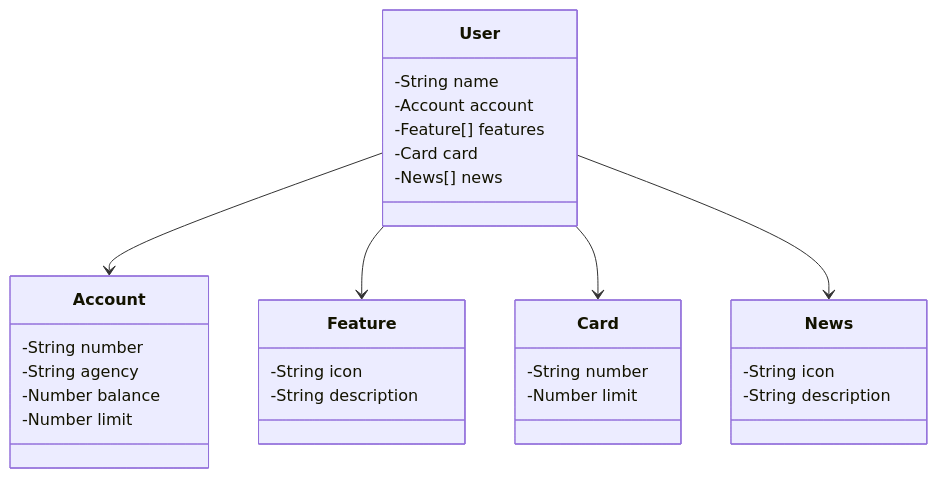
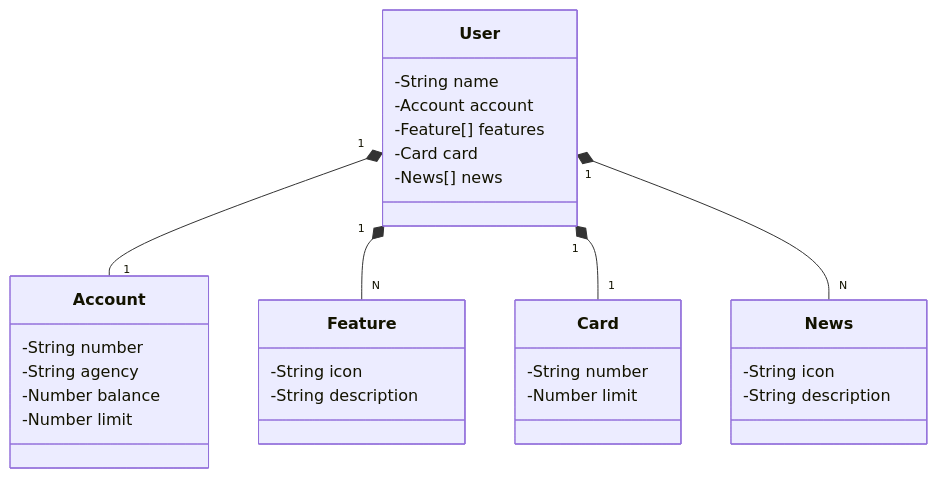
Before and after one commit to dxdns/santander-dev-week-2023: the diagram in README.md, drawn with Mermaid.

Commit message:
class diagram

````diff
--- a/README.md
+++ b/README.md
@@ -5,37 +5,37 @@
 ```mermaid
 classDiagram
     class User {
         -String name
         -Account account
         -Feature[] features
         -Card card
         -News[] news
     }
 
     class Account {
         -String number
         -String agency
         -Number balance
         -Number limit
     }
     
     class Feature {
         -String icon
         -String description
     }
 
     class Card {
         -String number
         -Number limit
     }
 
     class News {
         -String icon
         -String description
     }
 
-    User --> Account
-    User --> Feature
-    User --> Card
-    User --> News
+    User "1" *-- "1" Account
+    User "1" *-- "N" Feature
+    User "1" *-- "1" Card
+    User "1" *-- "N" News
 ```
````
